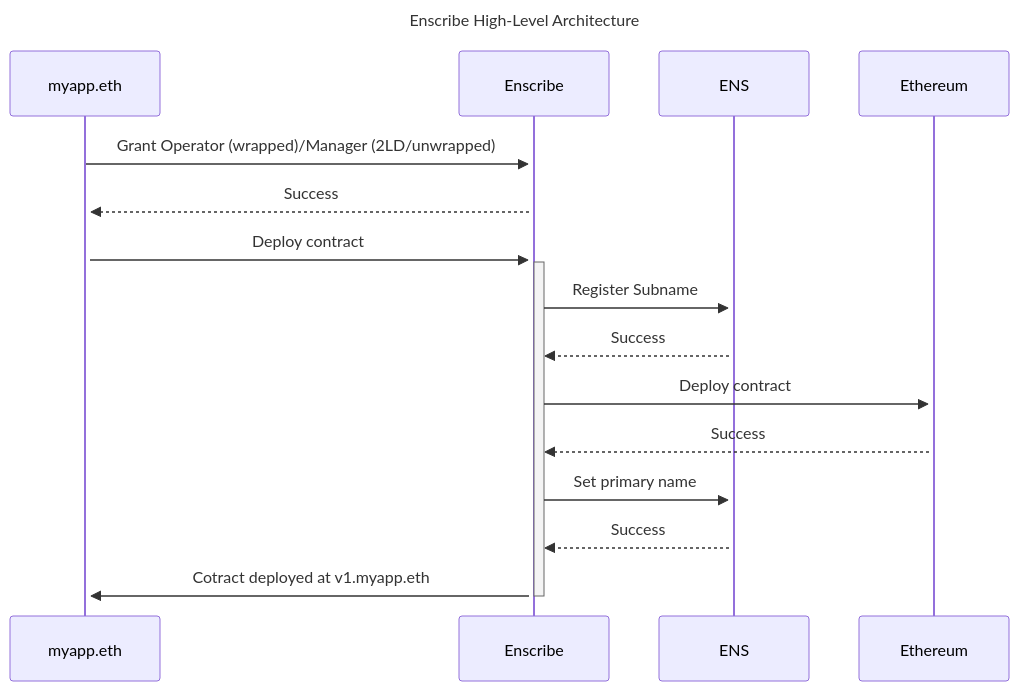
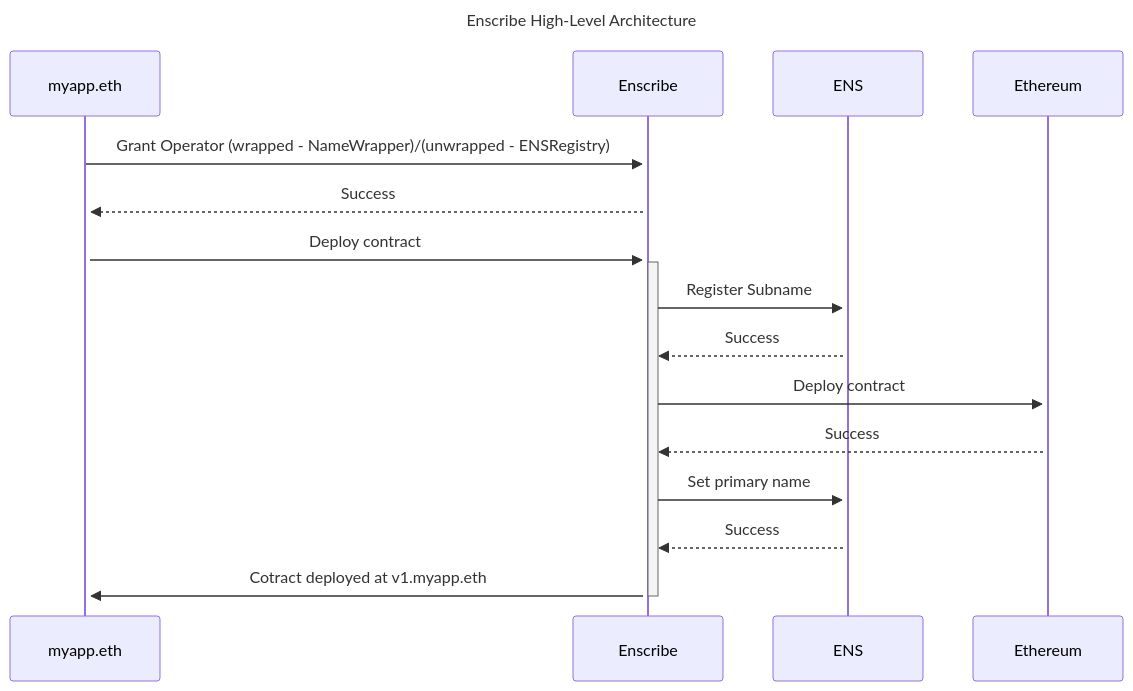
Before and after one commit to enscribexyz/enscribe: the diagram in docs/docs/getting-started/contract-deployment-service.mdx, drawn with Mermaid. The commit also changed 5 other files, not shown here.

Commit message:
operator access for 2ld unwrapped names too

````diff
--- a/docs/docs/getting-started/contract-deployment-service.mdx
+++ b/docs/docs/getting-started/contract-deployment-service.mdx
@@ -30,16 +30,16 @@
 ```mermaid
 ---
 title: Enscribe High-Level Architecture
 ---
 sequenceDiagram;
-    myapp.eth->>+Enscribe: Grant Operator (wrapped)/Manager (2LD/unwrapped);
+    myapp.eth->>+Enscribe: Grant Operator (wrapped - NameWrapper)/(unwrapped - ENSRegistry);
     Enscribe-->>+myapp.eth: Success;
     myapp.eth->>+Enscribe: Deploy contract;
     Enscribe->>+ENS: Register Subname;
     ENS-->>Enscribe: Success;
     Enscribe->>+Ethereum: Deploy contract;
     Ethereum-->>Enscribe: Success;
     Enscribe->>+ENS: Set primary name;
     ENS-->>Enscribe: Success;
     Enscribe->>-myapp.eth: Cotract deployed at v1.myapp.eth;
 ```
````
